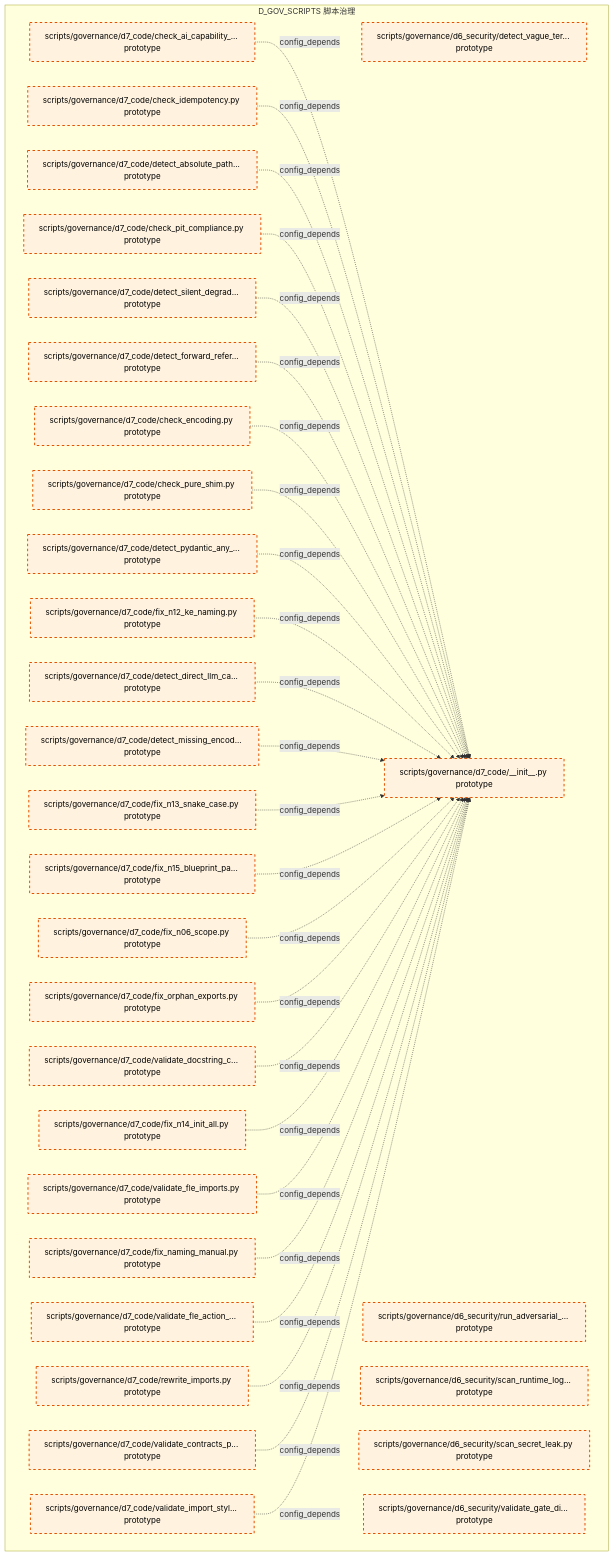
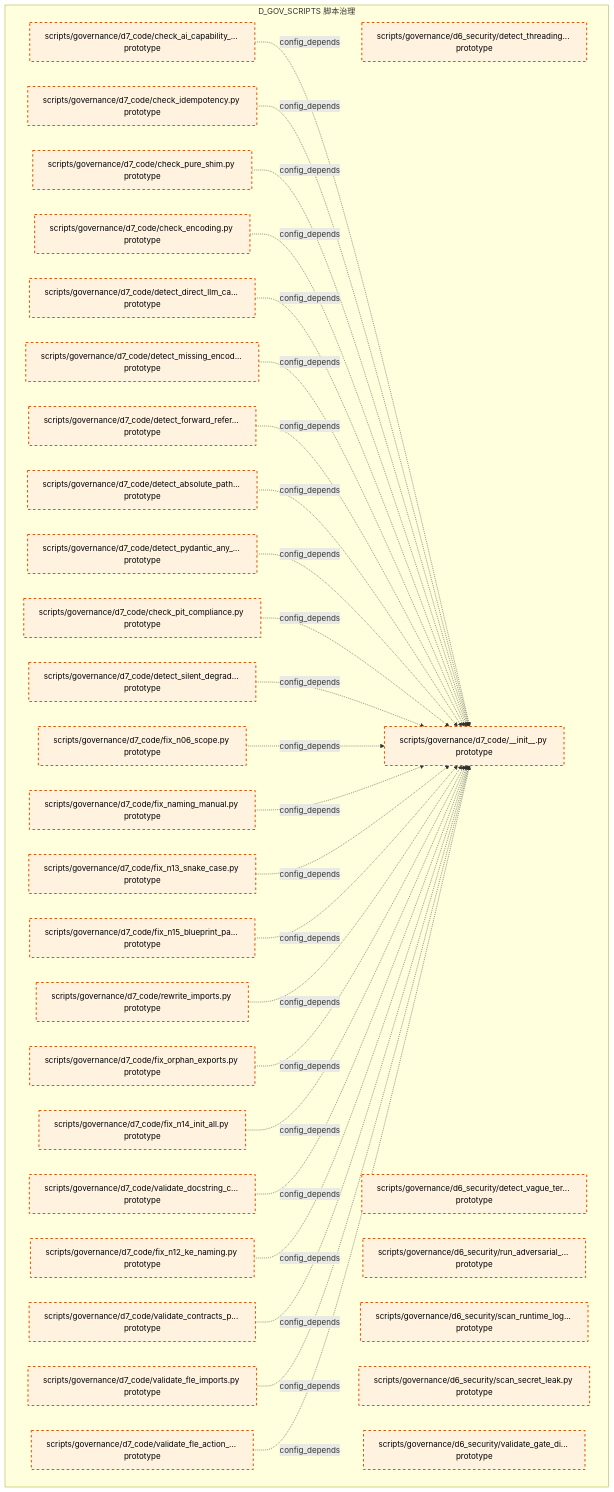
One commit to xuanFelixVan/ZephyrAlpha changed the tenth of 15 diagrams in docs/02_enterprise_architecture/02_domain_architecture_docs/39_d_gov_scripts.md. Above: the diagram before and after it, drawn with Mermaid. The commit also changed other lines of this file and 105 other files, not shown here.

````diff
--- a/docs/02_enterprise_architecture/02_domain_architecture_docs/39_d_gov_scripts.md
+++ b/docs/02_enterprise_architecture/02_domain_architecture_docs/39_d_gov_scripts.md
@@ -694,64 +696,63 @@
 ```mermaid
 graph TD
     subgraph D_GOV_SCRIPTS["D_GOV_SCRIPTS 脚本治理"]
+        scripts_governance_d6_security_detect_threading_lock_py["scripts/governance/d6_security/detect_threading... prototype"]
         scripts_governance_d6_security_detect_vague_terms_py["scripts/governance/d6_security/detect_vague_ter... prototype"]
         scripts_governance_d6_security_run_adversarial_checks_py["scripts/governance/d6_security/run_adversarial_... prototype"]
         scripts_governance_d6_security_scan_runtime_log_secrets_py["scripts/governance/d6_security/scan_runtime_log... prototype"]
         scripts_governance_d6_security_scan_secret_leak_py["scripts/governance/d6_security/scan_secret_leak.py prototype"]
         scripts_governance_d6_security_validate_gate_discipline_py["scripts/governance/d6_security/validate_gate_di... prototype"]
         scripts_governance_d7_code_init_py["scripts/governance/d7_code/__init__.py prototype"]
         scripts_governance_d7_code_check_ai_capability_boundary_py["scripts/governance/d7_code/check_ai_capability_... prototype"]
         scripts_governance_d7_code_check_encoding_py["scripts/governance/d7_code/check_encoding.py prototype"]
         scripts_governance_d7_code_check_idempotency_py["scripts/governance/d7_code/check_idempotency.py prototype"]
         scripts_governance_d7_code_check_pit_compliance_py["scripts/governance/d7_code/check_pit_compliance.py prototype"]
         scripts_governance_d7_code_check_pure_shim_py["scripts/governance/d7_code/check_pure_shim.py prototype"]
         scripts_governance_d7_code_detect_absolute_path_hardcoding_py["scripts/governance/d7_code/detect_absolute_path... prototype"]
         scripts_governance_d7_code_detect_direct_llm_calls_py["scripts/governance/d7_code/detect_direct_llm_ca... prototype"]
         scripts_governance_d7_code_detect_forward_reference_py["scripts/governance/d7_code/detect_forward_refer... prototype"]
         scripts_governance_d7_code_detect_missing_encoding_py["scripts/governance/d7_code/detect_missing_encod... prototype"]
         scripts_governance_d7_code_detect_pydantic_any_fields_py["scripts/governance/d7_code/detect_pydantic_any_... prototype"]
         scripts_governance_d7_code_detect_silent_degradation_py["scripts/governance/d7_code/detect_silent_degrad... prototype"]
         scripts_governance_d7_code_fix_n06_scope_py["scripts/governance/d7_code/fix_n06_scope.py prototype"]
         scripts_governance_d7_code_fix_n12_ke_naming_py["scripts/governance/d7_code/fix_n12_ke_naming.py prototype"]
         scripts_governance_d7_code_fix_n13_snake_case_py["scripts/governance/d7_code/fix_n13_snake_case.py prototype"]
         scripts_governance_d7_code_fix_n14_init_all_py["scripts/governance/d7_code/fix_n14_init_all.py prototype"]
         scripts_governance_d7_code_fix_n15_blueprint_path_py["scripts/governance/d7_code/fix_n15_blueprint_pa... prototype"]
         scripts_governance_d7_code_fix_naming_manual_py["scripts/governance/d7_code/fix_naming_manual.py prototype"]
         scripts_governance_d7_code_fix_orphan_exports_py["scripts/governance/d7_code/fix_orphan_exports.py prototype"]
         scripts_governance_d7_code_rewrite_imports_py["scripts/governance/d7_code/rewrite_imports.py prototype"]
         scripts_governance_d7_code_validate_contracts_purity_py["scripts/governance/d7_code/validate_contracts_p... prototype"]
         scripts_governance_d7_code_validate_docstring_coverage_py["scripts/governance/d7_code/validate_docstring_c... prototype"]
         scripts_governance_d7_code_validate_fle_action_metadata_py["scripts/governance/d7_code/validate_fle_action_... prototype"]
         scripts_governance_d7_code_validate_fle_imports_py["scripts/governance/d7_code/validate_fle_imports.py prototype"]
-        scripts_governance_d7_code_validate_import_style_py["scripts/governance/d7_code/validate_import_styl... prototype"]
     end
     scripts_governance_d7_code_check_ai_capability_boundary_py -.->|config_depends| scripts_governance_d7_code_init_py
     scripts_governance_d7_code_check_idempotency_py -.->|config_depends| scripts_governance_d7_code_init_py
+    scripts_governance_d7_code_check_pure_shim_py -.->|config_depends| scripts_governance_d7_code_init_py
+    scripts_governance_d7_code_check_encoding_py -.->|config_depends| scripts_governance_d7_code_init_py
+    scripts_governance_d7_code_detect_direct_llm_calls_py -.->|config_depends| scripts_governance_d7_code_init_py
+    scripts_governance_d7_code_detect_missing_encoding_py -.->|config_depends| scripts_governance_d7_code_init_py
+    scripts_governance_d7_code_detect_forward_reference_py -.->|config_depends| scripts_governance_d7_code_init_py
     scripts_governance_d7_code_detect_absolute_path_hardcoding_py -.->|config_depends| scripts_governance_d7_code_init_py
+    scripts_governance_d7_code_detect_pydantic_any_fields_py -.->|config_depends| scripts_governance_d7_code_init_py
     scripts_governance_d7_code_check_pit_compliance_py -.->|config_depends| scripts_governance_d7_code_init_py
     scripts_governance_d7_code_detect_silent_degradation_py -.->|config_depends| scripts_governance_d7_code_init_py
-    scripts_governance_d7_code_detect_forward_reference_py -.->|config_depends| scripts_governance_d7_code_init_py
-    scripts_governance_d7_code_check_encoding_py -.->|config_depends| scripts_governance_d7_code_init_py
-    scripts_governance_d7_code_check_pure_shim_py -.->|config_depends| scripts_governance_d7_code_init_py
-    scripts_governance_d7_code_detect_pydantic_any_fields_py -.->|config_depends| scripts_governance_d7_code_init_py
-    scripts_governance_d7_code_fix_n12_ke_naming_py -.->|config_depends| scripts_governance_d7_code_init_py
-    scripts_governance_d7_code_detect_direct_llm_calls_py -.->|config_depends| scripts_governance_d7_code_init_py
-    scripts_governance_d7_code_detect_missing_encoding_py -.->|config_depends| scripts_governance_d7_code_init_py
+    scripts_governance_d7_code_fix_n06_scope_py -.->|config_depends| scripts_governance_d7_code_init_py
+    scripts_governance_d7_code_fix_naming_manual_py -.->|config_depends| scripts_governance_d7_code_init_py
     scripts_governance_d7_code_fix_n13_snake_case_py -.->|config_depends| scripts_governance_d7_code_init_py
     scripts_governance_d7_code_fix_n15_blueprint_path_py -.->|config_depends| scripts_governance_d7_code_init_py
-    scripts_governance_d7_code_fix_n06_scope_py -.->|config_depends| scripts_governance_d7_code_init_py
+    scripts_governance_d7_code_rewrite_imports_py -.->|config_depends| scripts_governance_d7_code_init_py
     scripts_governance_d7_code_fix_orphan_exports_py -.->|config_depends| scripts_governance_d7_code_init_py
+    scripts_governance_d7_code_fix_n14_init_all_py -.->|config_depends| scripts_governance_d7_code_init_py
     scripts_governance_d7_code_validate_docstring_coverage_py -.->|config_depends| scripts_governance_d7_code_init_py
-    scripts_governance_d7_code_fix_n14_init_all_py -.->|config_depends| scripts_governance_d7_code_init_py
+    scripts_governance_d7_code_fix_n12_ke_naming_py -.->|config_depends| scripts_governance_d7_code_init_py
+    scripts_governance_d7_code_validate_contracts_purity_py -.->|config_depends| scripts_governance_d7_code_init_py
     scripts_governance_d7_code_validate_fle_imports_py -.->|config_depends| scripts_governance_d7_code_init_py
-    scripts_governance_d7_code_fix_naming_manual_py -.->|config_depends| scripts_governance_d7_code_init_py
     scripts_governance_d7_code_validate_fle_action_metadata_py -.->|config_depends| scripts_governance_d7_code_init_py
-    scripts_governance_d7_code_rewrite_imports_py -.->|config_depends| scripts_governance_d7_code_init_py
-    scripts_governance_d7_code_validate_contracts_purity_py -.->|config_depends| scripts_governance_d7_code_init_py
-    scripts_governance_d7_code_validate_import_style_py -.->|config_depends| scripts_governance_d7_code_init_py
     classDef production fill:#e1f5fe,stroke:#01579b,stroke-width:2px,color:#000
     classDef design fill:#fff3e0,stroke:#e65100,stroke-width:2px,color:#000,stroke-dasharray: 5 5
     classDef external_prod fill:#e8f5e9,stroke:#1b5e20,stroke-width:1px,color:#000
     classDef external_design fill:#fce4ec,stroke:#880e4f,stroke-width:1px,color:#000,stroke-dasharray: 5 5
-    class scripts_governance_d6_security_detect_vague_terms_py,scripts_governance_d6_security_run_adversarial_checks_py,scripts_governance_d6_security_scan_runtime_log_secrets_py,scripts_governance_d6_security_scan_secret_leak_py,scripts_governance_d6_security_validate_gate_discipline_py,scripts_governance_d7_code_init_py,scripts_governance_d7_code_check_ai_capability_boundary_py,scripts_governance_d7_code_check_encoding_py,scripts_governance_d7_code_check_idempotency_py,scripts_governance_d7_code_check_pit_compliance_py,scripts_governance_d7_code_check_pure_shim_py,scripts_governance_d7_code_detect_absolute_path_hardcoding_py,scripts_governance_d7_code_detect_direct_llm_calls_py,scripts_governance_d7_code_detect_forward_reference_py,scripts_governance_d7_code_detect_missing_encoding_py,scripts_governance_d7_code_detect_pydantic_any_fields_py,scripts_governance_d7_code_detect_silent_degradation_py,scripts_governance_d7_code_fix_n06_scope_py,scripts_governance_d7_code_fix_n12_ke_naming_py,scripts_governance_d7_code_fix_n13_snake_case_py,scripts_governance_d7_code_fix_n14_init_all_py,scripts_governance_d7_code_fix_n15_blueprint_path_py,scripts_governance_d7_code_fix_naming_manual_py,scripts_governance_d7_code_fix_orphan_exports_py,scripts_governance_d7_code_rewrite_imports_py,scripts_governance_d7_code_validate_contracts_purity_py,scripts_governance_d7_code_validate_docstring_coverage_py,scripts_governance_d7_code_validate_fle_action_metadata_py,scripts_governance_d7_code_validate_fle_imports_py,scripts_governance_d7_code_validate_import_style_py design
+    class scripts_governance_d6_security_detect_threading_lock_py,scripts_governance_d6_security_detect_vague_terms_py,scripts_governance_d6_security_run_adversarial_checks_py,scripts_governance_d6_security_scan_runtime_log_secrets_py,scripts_governance_d6_security_scan_secret_leak_py,scripts_governance_d6_security_validate_gate_discipline_py,scripts_governance_d7_code_init_py,scripts_governance_d7_code_check_ai_capability_boundary_py,scripts_governance_d7_code_check_encoding_py,scripts_governance_d7_code_check_idempotency_py,scripts_governance_d7_code_check_pit_compliance_py,scripts_governance_d7_code_check_pure_shim_py,scripts_governance_d7_code_detect_absolute_path_hardcoding_py,scripts_governance_d7_code_detect_direct_llm_calls_py,scripts_governance_d7_code_detect_forward_reference_py,scripts_governance_d7_code_detect_missing_encoding_py,scripts_governance_d7_code_detect_pydantic_any_fields_py,scripts_governance_d7_code_detect_silent_degradation_py,scripts_governance_d7_code_fix_n06_scope_py,scripts_governance_d7_code_fix_n12_ke_naming_py,scripts_governance_d7_code_fix_n13_snake_case_py,scripts_governance_d7_code_fix_n14_init_all_py,scripts_governance_d7_code_fix_n15_blueprint_path_py,scripts_governance_d7_code_fix_naming_manual_py,scripts_governance_d7_code_fix_orphan_exports_py,scripts_governance_d7_code_rewrite_imports_py,scripts_governance_d7_code_validate_contracts_purity_py,scripts_governance_d7_code_validate_docstring_coverage_py,scripts_governance_d7_code_validate_fle_action_metadata_py,scripts_governance_d7_code_validate_fle_imports_py design
 ```
````
